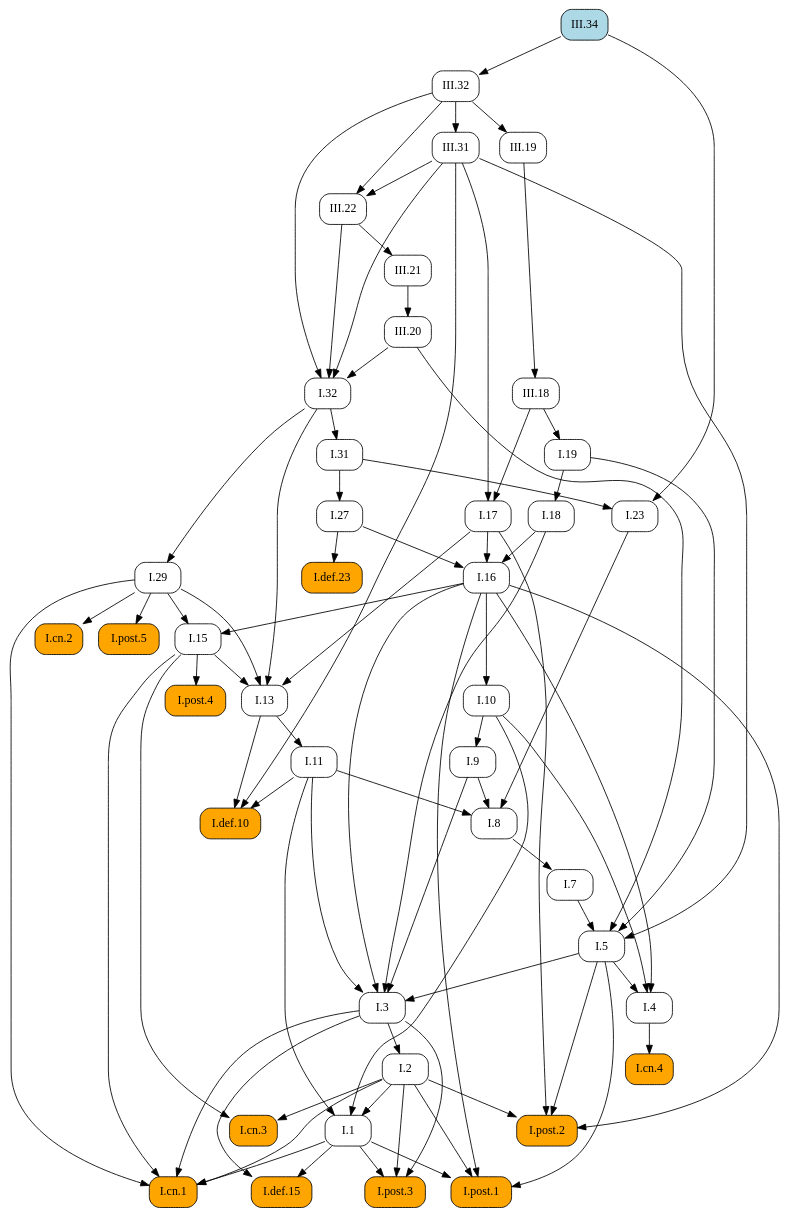
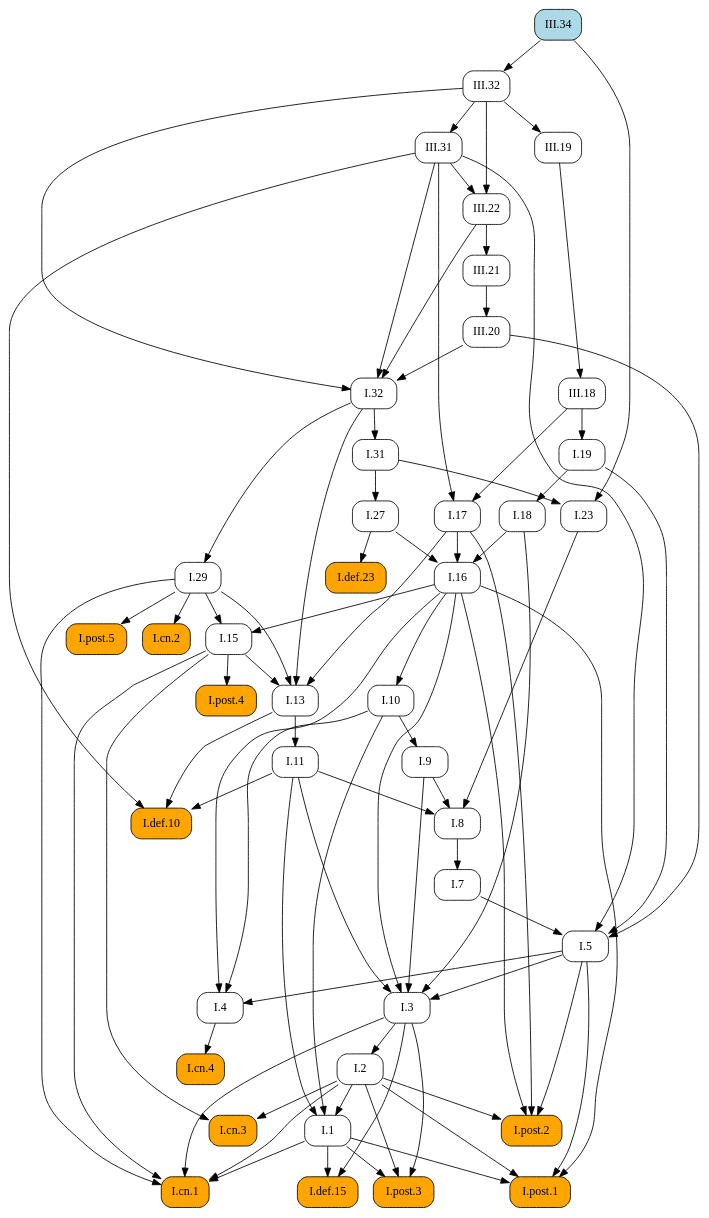
One commit to geometor/elements changed the diagram in docsrc/elements2/III/34/index.rst. Above: the diagram before and after it, drawn with Graphviz. The commit also changed other lines of this file and 171 other files, not shown here.

```diff
--- a/docsrc/elements2/III/34/index.rst
+++ b/docsrc/elements2/III/34/index.rst
@@ -50,126 +50,126 @@
    digraph {
      rankdir="TB";
      node [shape=box, style=rounded];
+     "I.8" [URL="/elements2/I/8/", target="_top"];
+     "I.32" [URL="/elements2/I/32/", target="_top"];
+     "I.post.1" [style="rounded,filled", fillcolor=orange, URL="/elements2/I/post.1/", target="_top"];
+     "I.5" [URL="/elements2/I/5/", target="_top"];
+     "I.post.5" [style="rounded,filled", fillcolor=orange, URL="/elements2/I/post.5/", target="_top"];
+     "I.def.10" [style="rounded,filled", fillcolor=orange, URL="/elements2/I/def.10/", target="_top"];
+     "I.cn.2" [style="rounded,filled", fillcolor=orange, URL="/elements2/I/cn.2/", target="_top"];
      "III.22" [URL="/elements2/III/22/", target="_top"];
-     "I.def.10" [style="rounded,filled", fillcolor=orange, URL="/elements2/I/def.10/", target="_top"];
-     "I.32" [URL="/elements2/I/32/", target="_top"];
+     "I.def.15" [style="rounded,filled", fillcolor=orange, URL="/elements2/I/def.15/", target="_top"];
      "III.31" [URL="/elements2/III/31/", target="_top"];
-     "I.def.15" [style="rounded,filled", fillcolor=orange, URL="/elements2/I/def.15/", target="_top"];
+     "I.31" [URL="/elements2/I/31/", target="_top"];
+     "I.11" [URL="/elements2/I/11/", target="_top"];
+     "I.post.2" [style="rounded,filled", fillcolor=orange, URL="/elements2/I/post.2/", target="_top"];
+     "I.3" [URL="/elements2/I/3/", target="_top"];
+     "I.def.23" [style="rounded,filled", fillcolor=orange, URL="/elements2/I/def.23/", target="_top"];
+     "I.19" [URL="/elements2/I/19/", target="_top"];
+     "I.1" [URL="/elements2/I/1/", target="_top"];
+     "I.cn.3" [style="rounded,filled", fillcolor=orange, URL="/elements2/I/cn.3/", target="_top"];
      "I.cn.4" [style="rounded,filled", fillcolor=orange, URL="/elements2/I/cn.4/", target="_top"];
+     "III.21" [URL="/elements2/III/21/", target="_top"];
+     "I.7" [URL="/elements2/I/7/", target="_top"];
+     "I.17" [URL="/elements2/I/17/", target="_top"];
+     "III.20" [URL="/elements2/III/20/", target="_top"];
+     "III.34" [style="rounded,filled", fillcolor=lightblue, URL="/elements2/III/34/", target="_top"];
+     "I.9" [URL="/elements2/I/9/", target="_top"];
+     "III.32" [URL="/elements2/III/32/", target="_top"];
+     "I.cn.1" [style="rounded,filled", fillcolor=orange, URL="/elements2/I/cn.1/", target="_top"];
+     "I.29" [URL="/elements2/I/29/", target="_top"];
+     "III.19" [URL="/elements2/III/19/", target="_top"];
+     "I.16" [URL="/elements2/I/16/", target="_top"];
+     "I.13" [URL="/elements2/I/13/", target="_top"];
+     "I.post.4" [style="rounded,filled", fillcolor=orange, URL="/elements2/I/post.4/", target="_top"];
+     "I.18" [URL="/elements2/I/18/", target="_top"];
+     "I.2" [URL="/elements2/I/2/", target="_top"];
+     "I.27" [URL="/elements2/I/27/", target="_top"];
+     "III.18" [URL="/elements2/III/18/", target="_top"];
+     "I.4" [URL="/elements2/I/4/", target="_top"];
+     "I.10" [URL="/elements2/I/10/", target="_top"];
+     "I.15" [URL="/elements2/I/15/", target="_top"];
+     "I.23" [URL="/elements2/I/23/", target="_top"];
      "I.post.3" [style="rounded,filled", fillcolor=orange, URL="/elements2/I/post.3/", target="_top"];
-     "III.34" [style="rounded,filled", fillcolor=lightblue, URL="/elements2/III/34/", target="_top"];
-     "I.27" [URL="/elements2/I/27/", target="_top"];
-     "I.post.2" [style="rounded,filled", fillcolor=orange, URL="/elements2/I/post.2/", target="_top"];
-     "I.13" [URL="/elements2/I/13/", target="_top"];
-     "I.10" [URL="/elements2/I/10/", target="_top"];
-     "I.post.1" [style="rounded,filled", fillcolor=orange, URL="/elements2/I/post.1/", target="_top"];
-     "I.7" [URL="/elements2/I/7/", target="_top"];
-     "III.19" [URL="/elements2/III/19/", target="_top"];
-     "I.11" [URL="/elements2/I/11/", target="_top"];
-     "I.4" [URL="/elements2/I/4/", target="_top"];
-     "I.16" [URL="/elements2/I/16/", target="_top"];
-     "III.32" [URL="/elements2/III/32/", target="_top"];
-     "I.def.23" [style="rounded,filled", fillcolor=orange, URL="/elements2/I/def.23/", target="_top"];
-     "I.9" [URL="/elements2/I/9/", target="_top"];
-     "I.18" [URL="/elements2/I/18/", target="_top"];
-     "I.8" [URL="/elements2/I/8/", target="_top"];
-     "III.18" [URL="/elements2/III/18/", target="_top"];
-     "I.23" [URL="/elements2/I/23/", target="_top"];
-     "I.15" [URL="/elements2/I/15/", target="_top"];
-     "III.21" [URL="/elements2/III/21/", target="_top"];
-     "I.cn.2" [style="rounded,filled", fillcolor=orange, URL="/elements2/I/cn.2/", target="_top"];
-     "I.post.5" [style="rounded,filled", fillcolor=orange, URL="/elements2/I/post.5/", target="_top"];
-     "III.20" [URL="/elements2/III/20/", target="_top"];
-     "I.2" [URL="/elements2/I/2/", target="_top"];
-     "I.1" [URL="/elements2/I/1/", target="_top"];
-     "I.31" [URL="/elements2/I/31/", target="_top"];
-     "I.post.4" [style="rounded,filled", fillcolor=orange, URL="/elements2/I/post.4/", target="_top"];
-     "I.cn.1" [style="rounded,filled", fillcolor=orange, URL="/elements2/I/cn.1/", target="_top"];
-     "I.3" [URL="/elements2/I/3/", target="_top"];
-     "I.cn.3" [style="rounded,filled", fillcolor=orange, URL="/elements2/I/cn.3/", target="_top"];
-     "I.17" [URL="/elements2/I/17/", target="_top"];
-     "I.29" [URL="/elements2/I/29/", target="_top"];
-     "I.19" [URL="/elements2/I/19/", target="_top"];
-     "I.5" [URL="/elements2/I/5/", target="_top"];
-     "III.31" -> "III.22";
-     "III.32" -> "III.22";
-     "I.11" -> "I.def.10";
-     "I.13" -> "I.def.10";
-     "III.31" -> "I.def.10";
+     "I.9" -> "I.8";
+     "I.11" -> "I.8";
+     "I.23" -> "I.8";
      "III.20" -> "I.32";
      "III.22" -> "I.32";
      "III.31" -> "I.32";
      "III.32" -> "I.32";
-     "III.32" -> "III.31";
+     "I.1" -> "I.post.1";
+     "I.2" -> "I.post.1";
+     "I.5" -> "I.post.1";
+     "I.16" -> "I.post.1";
+     "I.7" -> "I.5";
+     "I.19" -> "I.5";
+     "III.20" -> "I.5";
+     "III.31" -> "I.5";
+     "I.29" -> "I.post.5";
+     "I.11" -> "I.def.10";
+     "I.13" -> "I.def.10";
+     "III.31" -> "I.def.10";
+     "I.29" -> "I.cn.2";
+     "III.31" -> "III.22";
+     "III.32" -> "III.22";
      "I.1" -> "I.def.15";
      "I.3" -> "I.def.15";
-     "I.4" -> "I.cn.4";
-     "I.1" -> "I.post.3";
-     "I.2" -> "I.post.3";
-     "I.3" -> "I.post.3";
-     "I.31" -> "I.27";
+     "III.32" -> "III.31";
+     "I.32" -> "I.31";
+     "I.13" -> "I.11";
      "I.2" -> "I.post.2";
      "I.5" -> "I.post.2";
      "I.16" -> "I.post.2";
      "I.17" -> "I.post.2";
-     "I.15" -> "I.13";
-     "I.17" -> "I.13";
-     "I.29" -> "I.13";
-     "I.32" -> "I.13";
-     "I.16" -> "I.10";
-     "I.1" -> "I.post.1";
-     "I.2" -> "I.post.1";
-     "I.5" -> "I.post.1";
-     "I.16" -> "I.post.1";
-     "I.8" -> "I.7";
-     "III.32" -> "III.19";
-     "I.13" -> "I.11";
-     "I.5" -> "I.4";
-     "I.10" -> "I.4";
-     "I.16" -> "I.4";
-     "I.17" -> "I.16";
-     "I.18" -> "I.16";
-     "I.27" -> "I.16";
-     "III.34" -> "III.32";
+     "I.5" -> "I.3";
+     "I.9" -> "I.3";
+     "I.11" -> "I.3";
+     "I.16" -> "I.3";
+     "I.18" -> "I.3";
      "I.27" -> "I.def.23";
-     "I.10" -> "I.9";
-     "I.19" -> "I.18";
-     "I.9" -> "I.8";
-     "I.11" -> "I.8";
-     "I.23" -> "I.8";
-     "III.19" -> "III.18";
-     "I.31" -> "I.23";
-     "III.34" -> "I.23";
-     "I.16" -> "I.15";
-     "I.29" -> "I.15";
-     "III.22" -> "III.21";
-     "I.29" -> "I.cn.2";
-     "I.29" -> "I.post.5";
-     "III.21" -> "III.20";
-     "I.3" -> "I.2";
+     "III.18" -> "I.19";
      "I.2" -> "I.1";
      "I.10" -> "I.1";
      "I.11" -> "I.1";
-     "I.32" -> "I.31";
-     "I.15" -> "I.post.4";
+     "I.2" -> "I.cn.3";
+     "I.15" -> "I.cn.3";
+     "I.4" -> "I.cn.4";
+     "III.22" -> "III.21";
+     "I.8" -> "I.7";
+     "III.18" -> "I.17";
+     "III.31" -> "I.17";
+     "III.21" -> "III.20";
+     "I.10" -> "I.9";
+     "III.34" -> "III.32";
      "I.1" -> "I.cn.1";
      "I.2" -> "I.cn.1";
      "I.3" -> "I.cn.1";
      "I.15" -> "I.cn.1";
      "I.29" -> "I.cn.1";
-     "I.5" -> "I.3";
-     "I.9" -> "I.3";
-     "I.11" -> "I.3";
-     "I.16" -> "I.3";
-     "I.18" -> "I.3";
-     "I.2" -> "I.cn.3";
-     "I.15" -> "I.cn.3";
-     "III.18" -> "I.17";
-     "III.31" -> "I.17";
      "I.32" -> "I.29";
-     "III.18" -> "I.19";
-     "I.7" -> "I.5";
-     "I.19" -> "I.5";
-     "III.20" -> "I.5";
-     "III.31" -> "I.5";
+     "III.32" -> "III.19";
+     "I.17" -> "I.16";
+     "I.18" -> "I.16";
+     "I.27" -> "I.16";
+     "I.15" -> "I.13";
+     "I.17" -> "I.13";
+     "I.29" -> "I.13";
+     "I.32" -> "I.13";
+     "I.15" -> "I.post.4";
+     "I.19" -> "I.18";
+     "I.3" -> "I.2";
+     "I.31" -> "I.27";
+     "III.19" -> "III.18";
+     "I.5" -> "I.4";
+     "I.10" -> "I.4";
+     "I.16" -> "I.4";
+     "I.16" -> "I.10";
+     "I.16" -> "I.15";
+     "I.29" -> "I.15";
+     "I.31" -> "I.23";
+     "III.34" -> "I.23";
+     "I.1" -> "I.post.3";
+     "I.2" -> "I.post.3";
+     "I.3" -> "I.post.3";
    }
```
